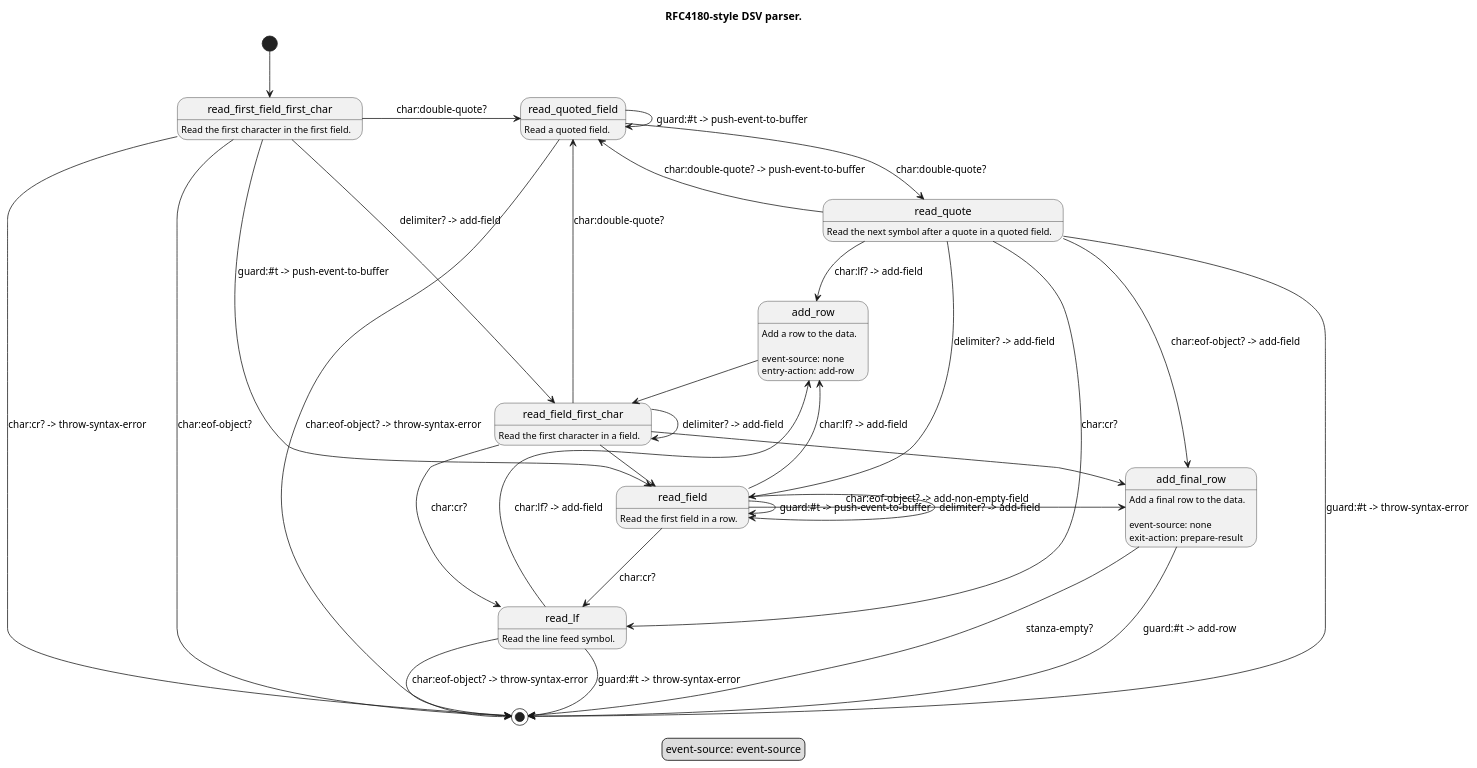
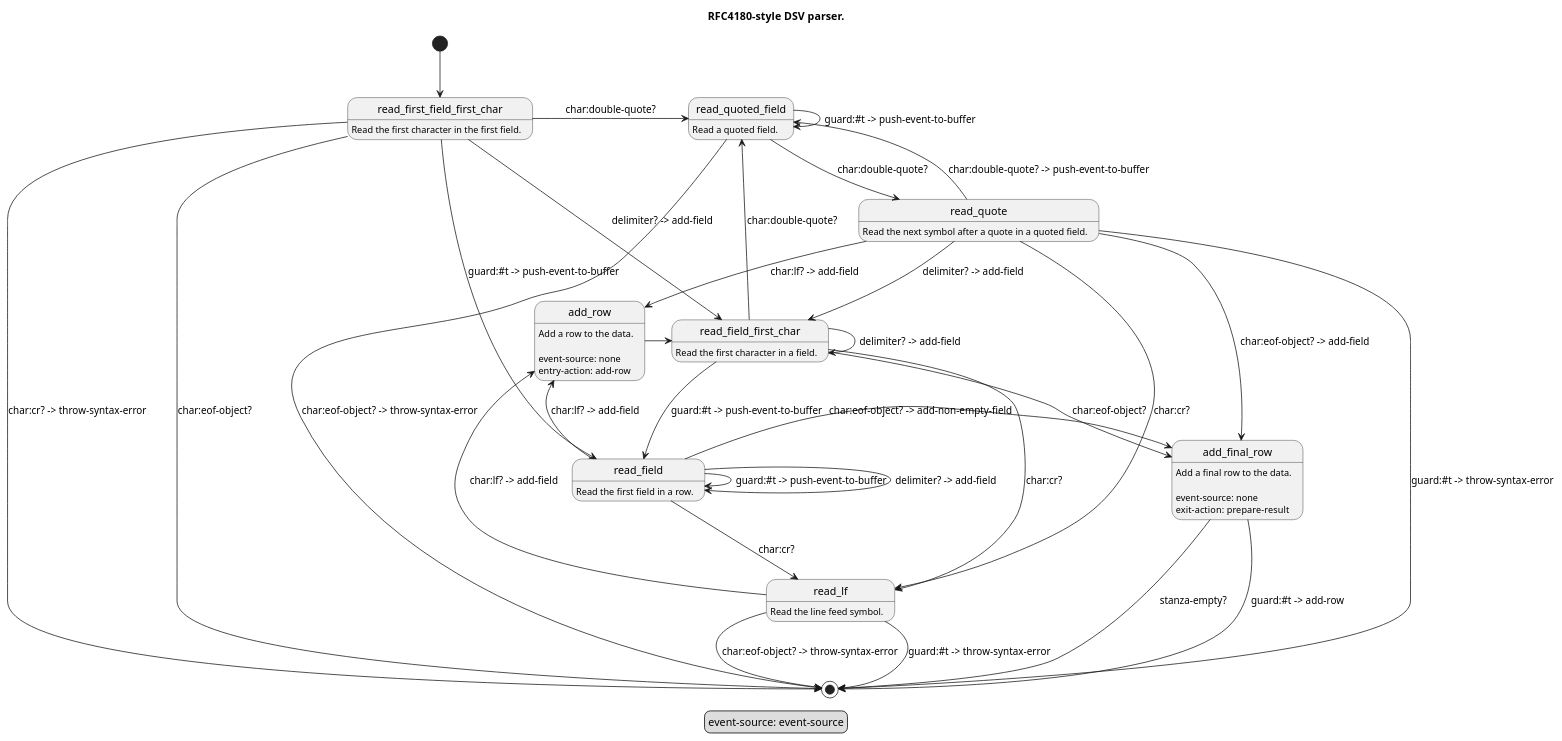
The diagram in modules/dsv/fsm/rfc4180.puml (artyom-poptsov/guile-dsv), drawn with PlantUML before and after one commit.

Commit message:
modules/dsv/fsm/rfc4180.puml: Improve

```diff
--- a/modules/dsv/fsm/rfc4180.puml
+++ b/modules/dsv/fsm/rfc4180.puml
@@ -1,93 +1,97 @@
 @startuml
 
 ' Copyright (C) 2023 Artyom V. Poptsov <poptsov.artyom@gmail.com>
 '
 ' This program is free software: you can redistribute it and/or modify
 ' it under the terms of the GNU General Public License as published by
 ' the Free Software Foundation, either version 3 of the License, or
 ' (at your option) any later version.
 '
 ' The program is distributed in the hope that it will be useful,
 ' but WITHOUT ANY WARRANTY; without even the implied warranty of
 ' MERCHANTABILITY or FITNESS FOR A PARTICULAR PURPOSE.  See the
 ' GNU General Public License for more details.
 '
 ' You should have received a copy of the GNU General Public License
 ' along with the program.  If not, see <http://www.gnu.org/licenses/>.
+
+' ----------------------------------------------------------------------
+' NOTE:
+' RFC 4180 explicitly states that each line must be ended with CRLF. [1]
+' On the other hand, some CSV data does not follow this rule and uses
+' only LF symbol as the line ending.
+'
+' Here we follow "Robustness principle" [2] and RFC4180 requirements
+' when reading CSV data.
+'
+' See also RFC4180, "Encoding considerations".
+'
+' References:
+' 1. <https://datatracker.ietf.org/doc/html/rfc4180#section-2>
+' 2. "be conservative in what you do, be liberal in what you accept
+'    from others"
+'    <https://en.wikipedia.org/wiki/Robustness_principle>
+'
+' ----------------------------------------------------------------------
 
 title RFC4180-style DSV parser.
 
 legend
 event-source: event-source
 endlegend
 
 [*] --> read_first_field_first_char
 
 read_first_field_first_char: Read the first character in the first field.
 read_first_field_first_char -> [*]:               char:eof-object?
 read_first_field_first_char --> read_field_first_char: delimiter? -> add-field
 read_first_field_first_char -> read_quoted_field: char:double-quote?
 read_first_field_first_char -> [*]:               char:cr? -> throw-syntax-error
 read_first_field_first_char -> read_field:        guard:#t -> push-event-to-buffer
 
 read_field_first_char: Read the first character in a field.
 read_field_first_char -> add_final_row:     char:eof-object?
 read_field_first_char -> read_field_first_char: delimiter? -> add-field
 read_field_first_char -> read_lf:           char:cr?
 read_field_first_char -> read_quoted_field: char:double-quote?
 read_field_first_char -> read_field:        guard:#t -> push-event-to-buffer
 
 read_field: Read the first field in a row.
 read_field ->  add_final_row:     char:eof-object? -> add-non-empty-field
 read_field --> read_lf:           char:cr?
+read_field --> add_row:           char:lf? -> add-field
 read_field --> read_field:        delimiter? -> add-field
 read_field ->  read_field:        guard:#t -> push-event-to-buffer
 
 read_quoted_field: Read a quoted field.
 read_quoted_field --> [*]:                char:eof-object? -> throw-syntax-error
 read_quoted_field ->  read_quote:         char:double-quote?
 read_quoted_field ->  read_quoted_field:  guard:#t -> push-event-to-buffer
 
 read_quote: Read the next symbol after a quote in a quoted field.
 read_quote --> add_final_row:     char:eof-object? -> add-field
 read_quote --> read_lf:           char:cr?
+read_quote --> add_row:           char:lf? -> add-field
 read_quote --> read_quoted_field: char:double-quote? -> push-event-to-buffer
-read_quote --> read_field:        delimiter? -> add-field
+read_quote --> read_field_first_char: delimiter? -> add-field
 read_quote --> [*]:               guard:#t -> throw-syntax-error
 
 read_lf: Read the line feed symbol.
 read_lf --> [*]:     char:eof-object? -> throw-syntax-error
 read_lf --> add_row: char:lf? -> add-field
 read_lf -> [*]:      guard:#t -> throw-syntax-error
 
 add_row: Add a row to the data.
 add_row:
 add_row: event-source: none
 add_row: entry-action: add-row
 add_row -> read_field_first_char
 
 add_final_row: Add a final row to the data.
 add_final_row:
 add_final_row: event-source: none
 add_final_row: exit-action:  prepare-result
 add_final_row -> [*]: stanza-empty?
 add_final_row -> [*]: guard:#t -> add-row
 
-' RFC 4180 explicitly states that each line must be ended with CRLF. [1]
-' On the other hand, some CSV data does not follow this rule and uses
-' only LF symbol as the line ending.
-'
-' Here we follow "Robustness principle" [2] and RFC4180 requirements
-' when reading CSV data.
-'
-' See also RFC4180, "Encoding considerations".
-'
-' References:
-' 1. <https://datatracker.ietf.org/doc/html/rfc4180#section-2>
-' 2. "be conservative in what you do, be liberal in what you accept
-'    from others"
-'    <https://en.wikipedia.org/wiki/Robustness_principle>
-read_field --> add_row: char:lf? -> add-field
-read_quote --> add_row: char:lf? -> add-field
-
 @enduml
```
